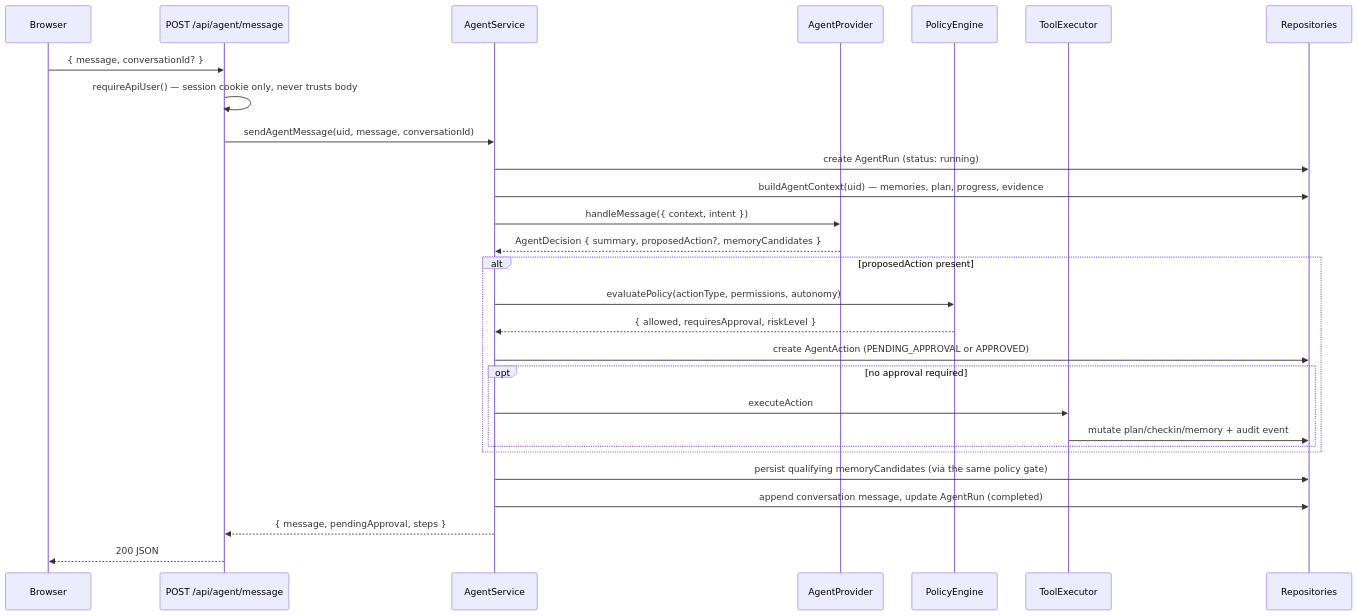
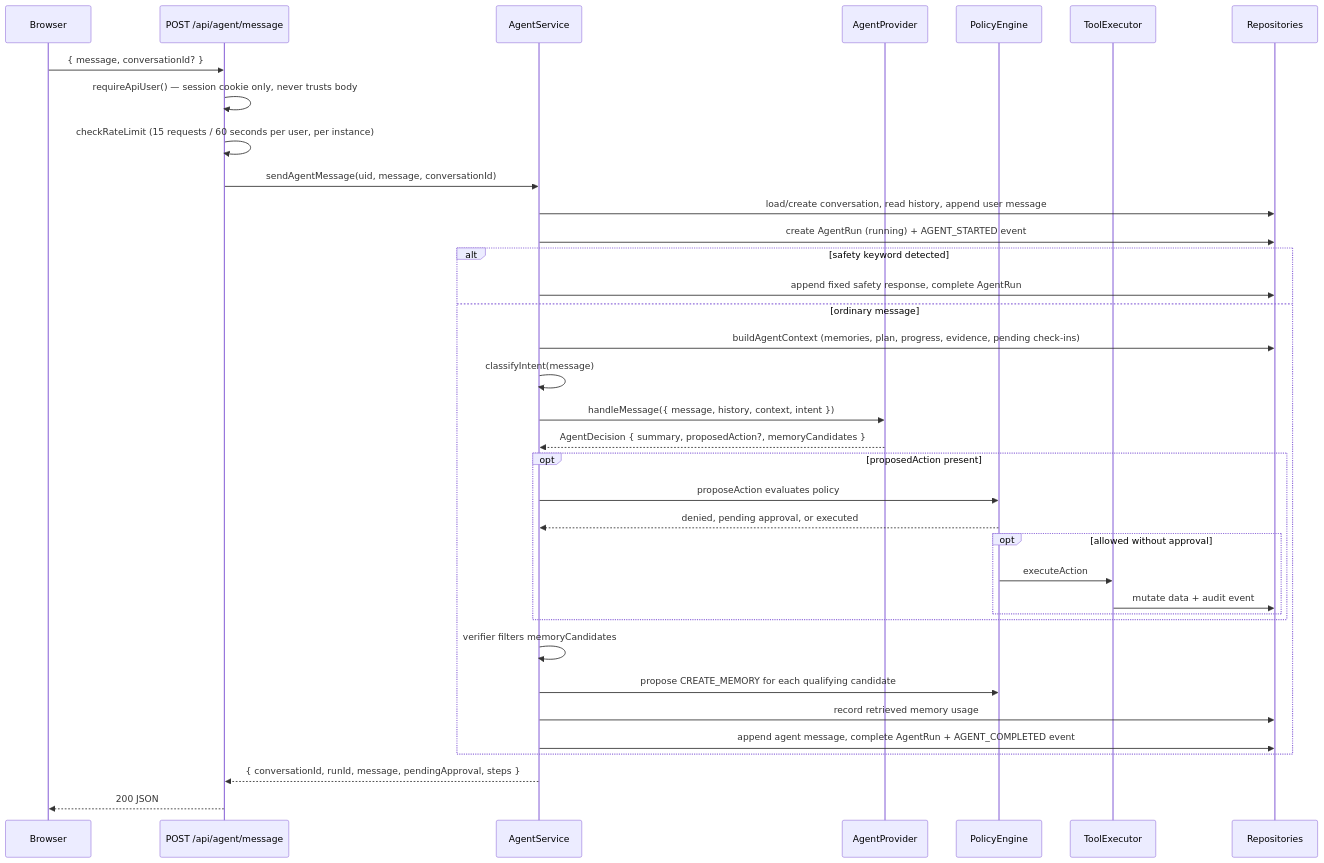
One commit to himanishpuri/continuum changed the sixth of 6 diagrams in docs/architecture.md. Above: the diagram before and after it, drawn with Mermaid. The commit also changed other lines of this file and 21 other files, not shown here.

````diff
--- a/docs/architecture.md
+++ b/docs/architecture.md
@@ -142,31 +144,39 @@
 ```mermaid
 sequenceDiagram
     participant U as Browser
     participant R as POST /api/agent/message
     participant S as AgentService
     participant P as AgentProvider
     participant Pol as PolicyEngine
     participant Ex as ToolExecutor
     participant D as Repositories
 
     U->>R: { message, conversationId? }
     R->>R: requireApiUser() — session cookie only, never trusts body
+    R->>R: checkRateLimit (15 requests / 60 seconds per user, per instance)
     R->>S: sendAgentMessage(uid, message, conversationId)
-    S->>D: create AgentRun (status: running)
-    S->>D: buildAgentContext(uid) — memories, plan, progress, evidence
-    S->>P: handleMessage({ context, intent })
+    S->>D: load/create conversation, read history, append user message
+    S->>D: create AgentRun (running) + AGENT_STARTED event
+    alt safety keyword detected
+        S->>D: append fixed safety response, complete AgentRun
+    else ordinary message
+        S->>D: buildAgentContext (memories, plan, progress, evidence, pending check-ins)
+        S->>S: classifyIntent(message)
+        S->>P: handleMessage({ message, history, context, intent })
     P-->>S: AgentDecision { summary, proposedAction?, memoryCandidates }
-    alt proposedAction present
-        S->>Pol: evaluatePolicy(actionType, permissions, autonomy)
-        Pol-->>S: { allowed, requiresApproval, riskLevel }
-        S->>D: create AgentAction (PENDING_APPROVAL or APPROVED)
-        opt no approval required
-            S->>Ex: executeAction
-            Ex->>D: mutate plan/checkin/memory + audit event
+        opt proposedAction present
+            S->>Pol: proposeAction evaluates policy
+            Pol-->>S: denied, pending approval, or executed
+            opt allowed without approval
+                Pol->>Ex: executeAction
+                Ex->>D: mutate data + audit event
+            end
         end
+        S->>S: verifier filters memoryCandidates
+        S->>Pol: propose CREATE_MEMORY for each qualifying candidate
+        S->>D: record retrieved memory usage
+        S->>D: append agent message, complete AgentRun + AGENT_COMPLETED event
     end
-    S->>D: persist qualifying memoryCandidates (via the same policy gate)
-    S->>D: append conversation message, update AgentRun (completed)
-    S-->>R: { message, pendingApproval, steps }
+    S-->>R: { conversationId, runId, message, pendingApproval, steps }
     R-->>U: 200 JSON
 ```
````
